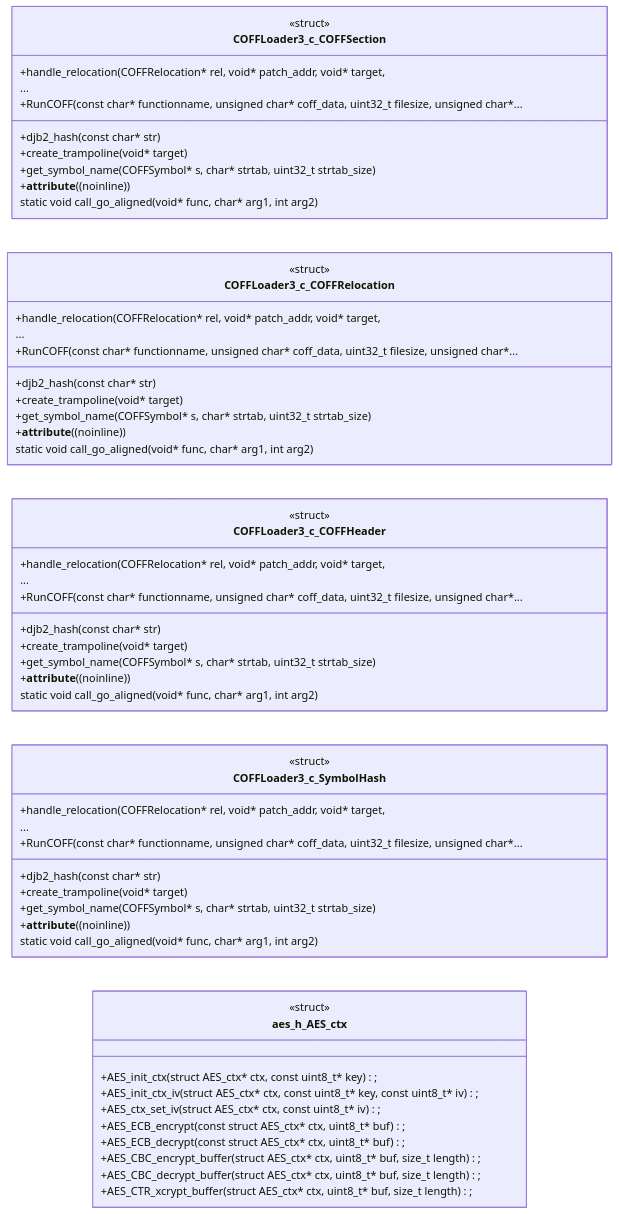
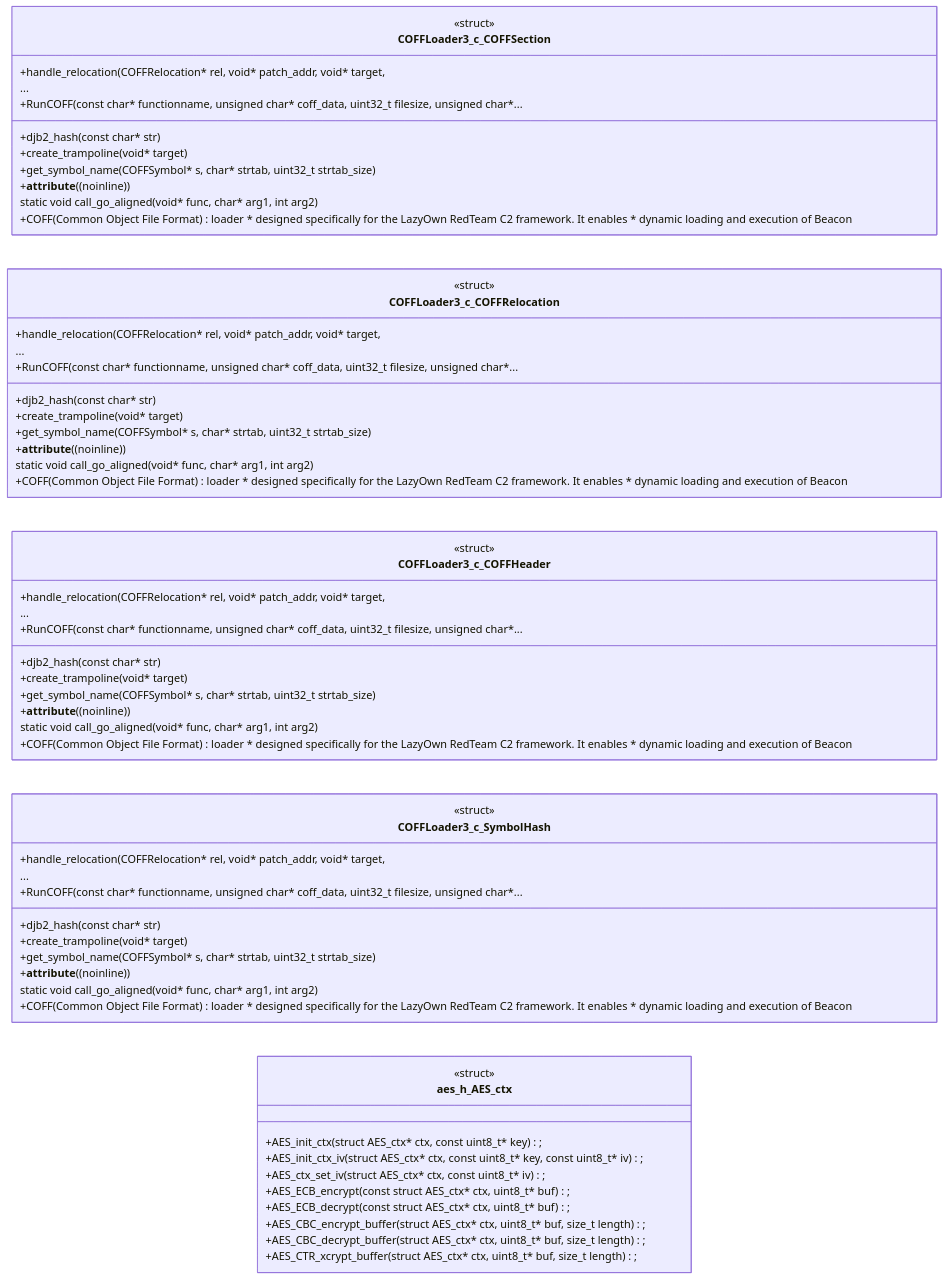
The sixth of 11 diagrams in KNOWLEDGE_BASE.md (grisuno/beacon), drawn with Mermaid before and after one commit. The commit also changed other lines of this file and 162 other files, not shown here.

````diff
--- a/KNOWLEDGE_BASE.md
+++ b/KNOWLEDGE_BASE.md
@@ -822,59 +843,63 @@
 ```mermaid
 classDiagram
   direction LR
   class COFFLoader3_c_COFFSection {
     <<struct>>
     +djb2_hash(const char* str)
     +create_trampoline(void* target)
     +handle_relocation(COFFRelocation* rel, void* patch_addr, void* target, 
                     ...
     +get_symbol_name(COFFSymbol* s, char* strtab, uint32_t strtab_size)
     +__attribute__((noinline))
 static void call_go_aligned(void* func, char* arg1, int arg2)
     +RunCOFF(const char* functionname, unsigned char* coff_data, uint32_t filesize, unsigned char*...
+    +COFF(Common Object File Format) loader * designed specifically for the LazyOwn RedTeam C2 framework. It enables * dynamic loading and execution of Beacon
   }
   class COFFLoader3_c_COFFRelocation {
     <<struct>>
     +djb2_hash(const char* str)
     +create_trampoline(void* target)
     +handle_relocation(COFFRelocation* rel, void* patch_addr, void* target, 
                     ...
     +get_symbol_name(COFFSymbol* s, char* strtab, uint32_t strtab_size)
     +__attribute__((noinline))
 static void call_go_aligned(void* func, char* arg1, int arg2)
     +RunCOFF(const char* functionname, unsigned char* coff_data, uint32_t filesize, unsigned char*...
+    +COFF(Common Object File Format) loader * designed specifically for the LazyOwn RedTeam C2 framework. It enables * dynamic loading and execution of Beacon
   }
   class COFFLoader3_c_COFFHeader {
     <<struct>>
     +djb2_hash(const char* str)
     +create_trampoline(void* target)
     +handle_relocation(COFFRelocation* rel, void* patch_addr, void* target, 
                     ...
     +get_symbol_name(COFFSymbol* s, char* strtab, uint32_t strtab_size)
     +__attribute__((noinline))
 static void call_go_aligned(void* func, char* arg1, int arg2)
     +RunCOFF(const char* functionname, unsigned char* coff_data, uint32_t filesize, unsigned char*...
+    +COFF(Common Object File Format) loader * designed specifically for the LazyOwn RedTeam C2 framework. It enables * dynamic loading and execution of Beacon
   }
   class COFFLoader3_c_SymbolHash {
     <<struct>>
     +djb2_hash(const char* str)
     +create_trampoline(void* target)
     +handle_relocation(COFFRelocation* rel, void* patch_addr, void* target, 
                     ...
     +get_symbol_name(COFFSymbol* s, char* strtab, uint32_t strtab_size)
     +__attribute__((noinline))
 static void call_go_aligned(void* func, char* arg1, int arg2)
     +RunCOFF(const char* functionname, unsigned char* coff_data, uint32_t filesize, unsigned char*...
+    +COFF(Common Object File Format) loader * designed specifically for the LazyOwn RedTeam C2 framework. It enables * dynamic loading and execution of Beacon
   }
   class aes_h_AES_ctx {
     <<struct>>
     +AES_init_ctx(struct AES_ctx* ctx, const uint8_t* key);
     +AES_init_ctx_iv(struct AES_ctx* ctx, const uint8_t* key, const uint8_t* iv);
     +AES_ctx_set_iv(struct AES_ctx* ctx, const uint8_t* iv);
     +AES_ECB_encrypt(const struct AES_ctx* ctx, uint8_t* buf);
     +AES_ECB_decrypt(const struct AES_ctx* ctx, uint8_t* buf);
     +AES_CBC_encrypt_buffer(struct AES_ctx* ctx, uint8_t* buf, size_t length);
     +AES_CBC_decrypt_buffer(struct AES_ctx* ctx, uint8_t* buf, size_t length);
     +AES_CTR_xcrypt_buffer(struct AES_ctx* ctx, uint8_t* buf, size_t length);
   }
 ```
````
